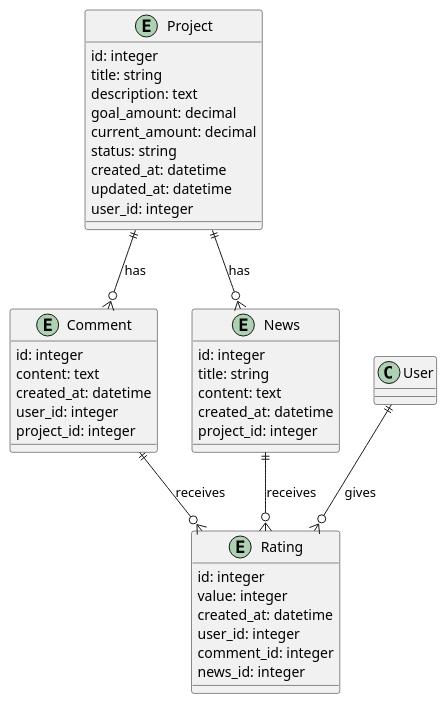
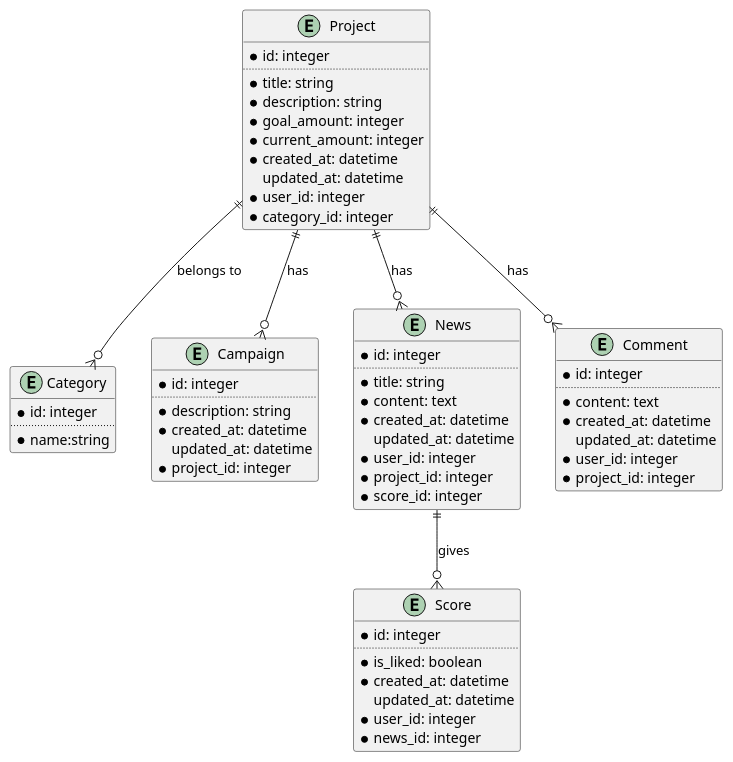
The diagram in docs/erd_project.plantuml (Yaosobolev/crowdfunding-platform), drawn with PlantUML before and after one commit. The commit also changed 2 other files, not shown here.

```diff
--- a/docs/erd_project.plantuml
+++ b/docs/erd_project.plantuml
@@ -1,47 +1,69 @@
 @startuml erd_project
 ' ERD для сущностей, связанных с проектами
 
 entity Project {
-  id: integer
-  title: string
-  description: text
-  goal_amount: decimal
-  current_amount: decimal
-  status: string
-  created_at: datetime
+  *id: integer
+  ..
+  *title: string
+  *description: string
+  *goal_amount: integer
+  *current_amount: integer
+  *created_at: datetime
   updated_at: datetime
-  user_id: integer
+  *user_id: integer
+  *category_id: integer
+}
+
+entity Category {
+  *id: integer
+  ..
+  *name:string
+}
+
+entity Campaign {
+  *id: integer
+  ..
+  *description: string
+  *created_at: datetime
+  updated_at: datetime
+  *project_id: integer
+}
+
+entity News {
+  *id: integer
+  ..
+  *title: string
+  *content: text
+  *created_at: datetime
+  updated_at: datetime
+  *user_id: integer
+  *project_id: integer
+  *score_id: integer
 }
 
 entity Comment {
-  id: integer
-  content: text
-  created_at: datetime
-  user_id: integer
-  project_id: integer
+  *id: integer
+  ..
+  *content: text
+  *created_at: datetime
+  updated_at: datetime
+  *user_id: integer
+  *project_id: integer
 }
 
-entity News {
-  id: integer
-  title: string
-  content: text
-  created_at: datetime
-  project_id: integer
+entity Score {
+  *id: integer
+  ..
+  *is_liked: boolean
+  *created_at: datetime
+  updated_at: datetime
+  *user_id: integer
+  *news_id: integer
 }
 
-entity Rating {
-  id: integer
-  value: integer
-  created_at: datetime
-  user_id: integer
-  comment_id: integer
-  news_id: integer
-}
-
-' Связи
 Project ||--o{ Comment : "has"
 Project ||--o{ News : "has"
-Comment ||--o{ Rating : "receives"
-News ||--o{ Rating : "receives"
-User ||--o{ Rating : "gives"
+Project ||--o{ Campaign : "has"
+Project ||--o{ Category : "belongs to"
+News ||--o{ Score : "gives"
 @enduml
```
